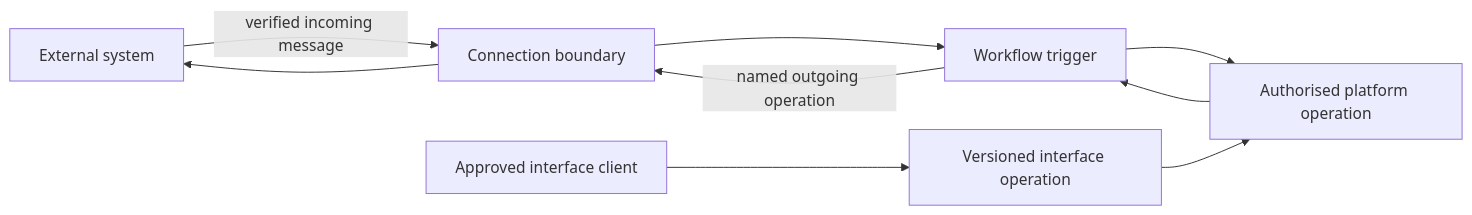
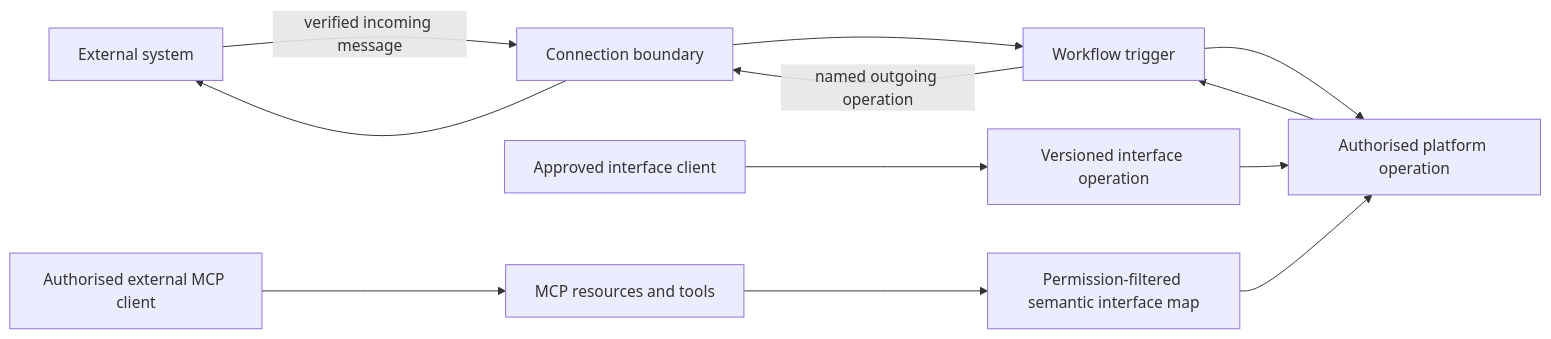
One commit to Abzum-NZ/Abzum-Vortex changed the first of 3 diagrams in docs/specification/12-connections-and-interfaces.md. Above: the diagram before and after it, drawn with Mermaid. The commit also changed other lines of this file and 16 other files, not shown here.

Commit message:
Document governed MCP interface parity

````diff
--- a/docs/specification/12-connections-and-interfaces.md
+++ b/docs/specification/12-connections-and-interfaces.md
@@ -9,11 +9,14 @@
 ```mermaid
 flowchart LR
     EXT[External system] -->|verified incoming message| EDGE[Connection boundary]
     EDGE --> FLOW[Workflow trigger]
     FLOW --> DATA[Authorised platform operation]
     DATA --> FLOW
     FLOW -->|named outgoing operation| EDGE
     EDGE --> EXT
     CLIENT[Approved interface client] --> API[Versioned interface operation]
     API --> DATA
+    AGENT[Authorised external MCP client] --> MCP[MCP resources and tools]
+    MCP --> VIEW[Permission-filtered semantic interface map]
+    VIEW --> DATA
 ```
````
